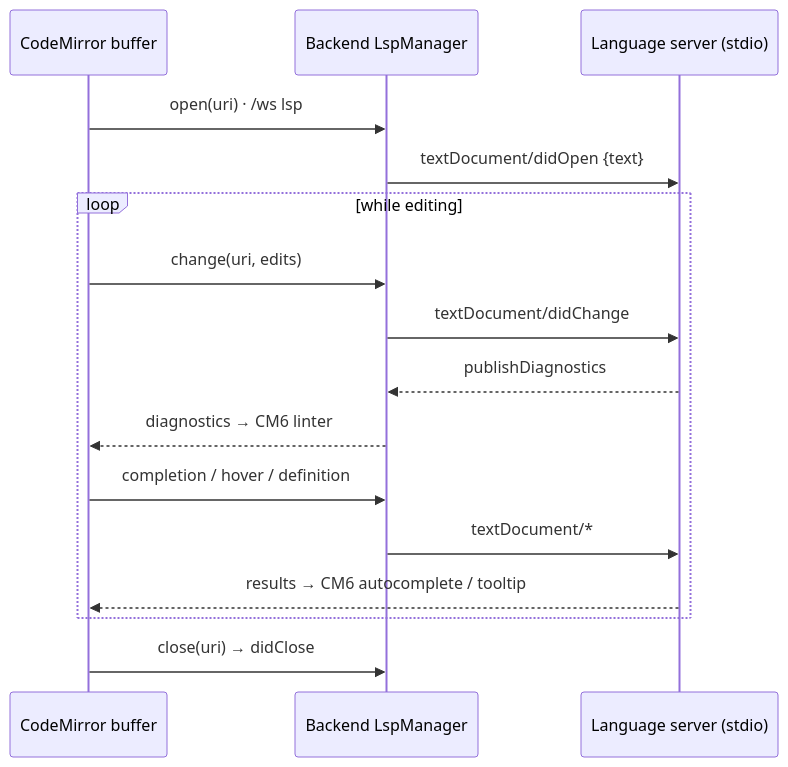
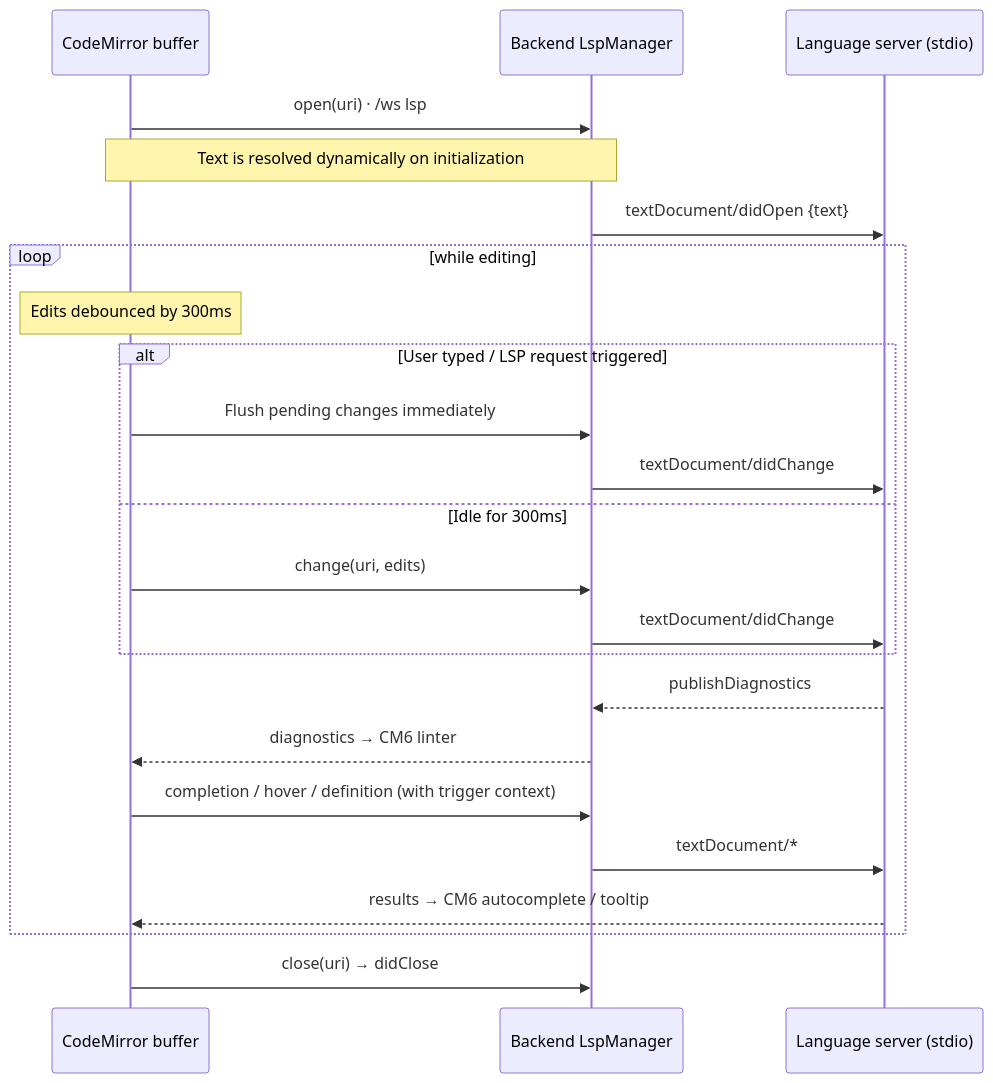
Before and after one commit to ConstCorrectness/horrible-dashboard: the diagram in docs/modules/editor.mdx, drawn with Mermaid. The commit also changed other lines of this file, not shown here.

Commit message:
Update LSP document-sync lifecycle documentation with dynamic open, change flushing, and trigger contexts

````diff
--- a/docs/modules/editor.mdx
+++ b/docs/modules/editor.mdx
@@ -251,18 +251,25 @@
 ```mermaid
 sequenceDiagram
     participant CM as CodeMirror buffer
     participant BE as Backend LspManager
     participant LS as Language server (stdio)
     CM->>BE: open(uri) · /ws lsp
+    Note over CM,BE: Text is resolved dynamically on initialization
     BE->>LS: textDocument/didOpen {text}
     loop while editing
-        CM->>BE: change(uri, edits)
-        BE->>LS: textDocument/didChange
+        Note over CM: Edits debounced by 300ms
+        alt User typed / LSP request triggered
+            CM->>BE: Flush pending changes immediately
+            BE->>LS: textDocument/didChange
+        else Idle for 300ms
+            CM->>BE: change(uri, edits)
+            BE->>LS: textDocument/didChange
+        end
         LS-->>BE: publishDiagnostics
         BE-->>CM: diagnostics → CM6 linter
-        CM->>BE: completion / hover / definition
+        CM->>BE: completion / hover / definition (with trigger context)
         BE->>LS: textDocument/*
         LS-->>CM: results → CM6 autocomplete / tooltip
     end
     CM->>BE: close(uri) → didClose
 ```
````
